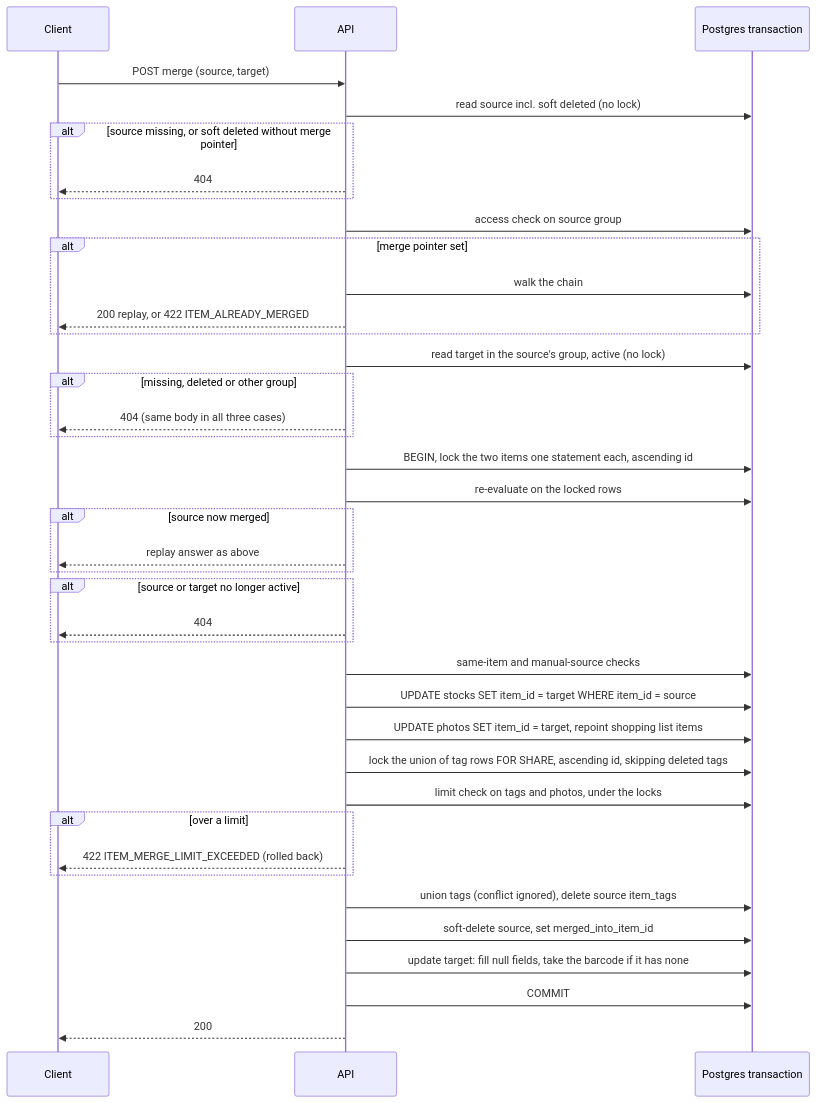
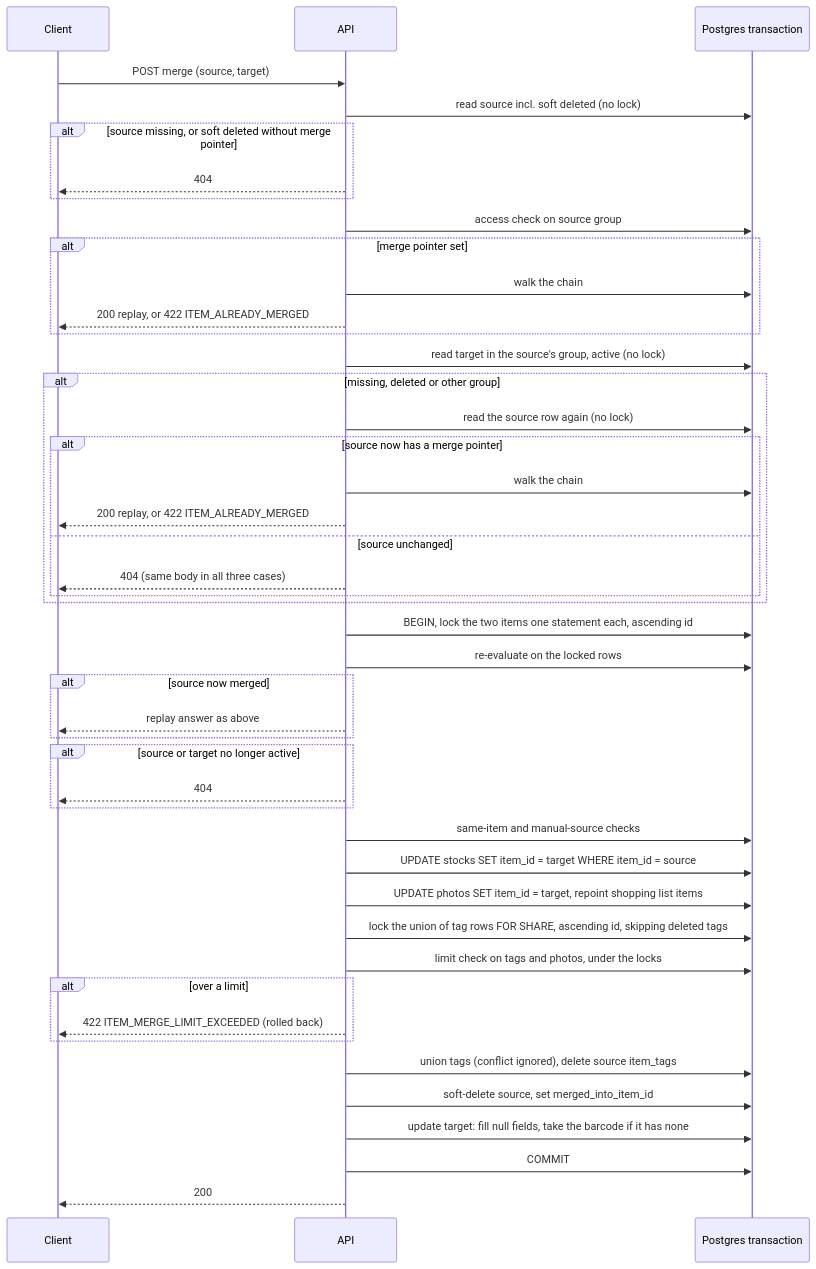
Before and after one commit to TakashiAihara/prep-hamster: the diagram in docs/design/item-merge.md, drawn with Mermaid. The commit also changed other lines of this file and 3 other files, not shown here.

````diff
--- a/docs/design/item-merge.md
+++ b/docs/design/item-merge.md
@@ -96,41 +96,47 @@
 ```mermaid
 sequenceDiagram
   participant C as Client
   participant A as API
   participant D as Postgres transaction
   C->>A: POST merge (source, target)
   A->>D: read source incl. soft deleted (no lock)
   alt source missing, or soft deleted without merge pointer
     A-->>C: 404
   end
   A->>D: access check on source group
   alt merge pointer set
     A->>D: walk the chain
     A-->>C: 200 replay, or 422 ITEM_ALREADY_MERGED
   end
   A->>D: read target in the source's group, active (no lock)
   alt missing, deleted or other group
-    A-->>C: 404 (same body in all three cases)
+    A->>D: read the source row again (no lock)
+    alt source now has a merge pointer
+      A->>D: walk the chain
+      A-->>C: 200 replay, or 422 ITEM_ALREADY_MERGED
+    else source unchanged
+      A-->>C: 404 (same body in all three cases)
+    end
   end
   A->>D: BEGIN, lock the two items one statement each, ascending id
   A->>D: re-evaluate on the locked rows
   alt source now merged
     A-->>C: replay answer as above
   end
   alt source or target no longer active
     A-->>C: 404
   end
   A->>D: same-item and manual-source checks
   A->>D: UPDATE stocks SET item_id = target WHERE item_id = source
   A->>D: UPDATE photos SET item_id = target, repoint shopping list items
   A->>D: lock the union of tag rows FOR SHARE, ascending id, skipping deleted tags
   A->>D: limit check on tags and photos, under the locks
   alt over a limit
     A-->>C: 422 ITEM_MERGE_LIMIT_EXCEEDED (rolled back)
   end
   A->>D: union tags (conflict ignored), delete source item_tags
   A->>D: soft-delete source, set merged_into_item_id
   A->>D: update target: fill null fields, take the barcode if it has none
   A->>D: COMMIT
   A-->>C: 200
 ```
````
